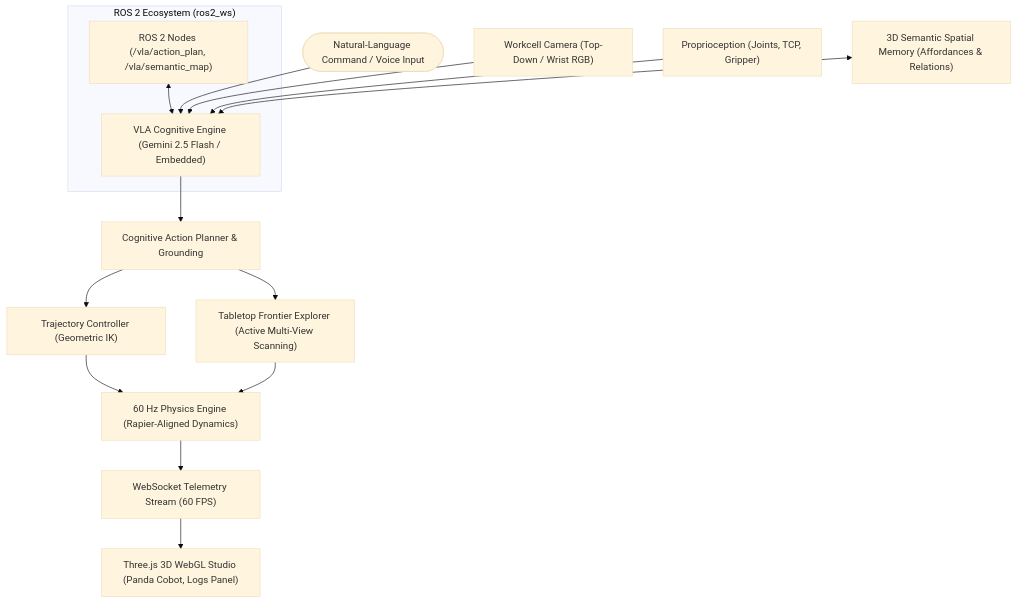
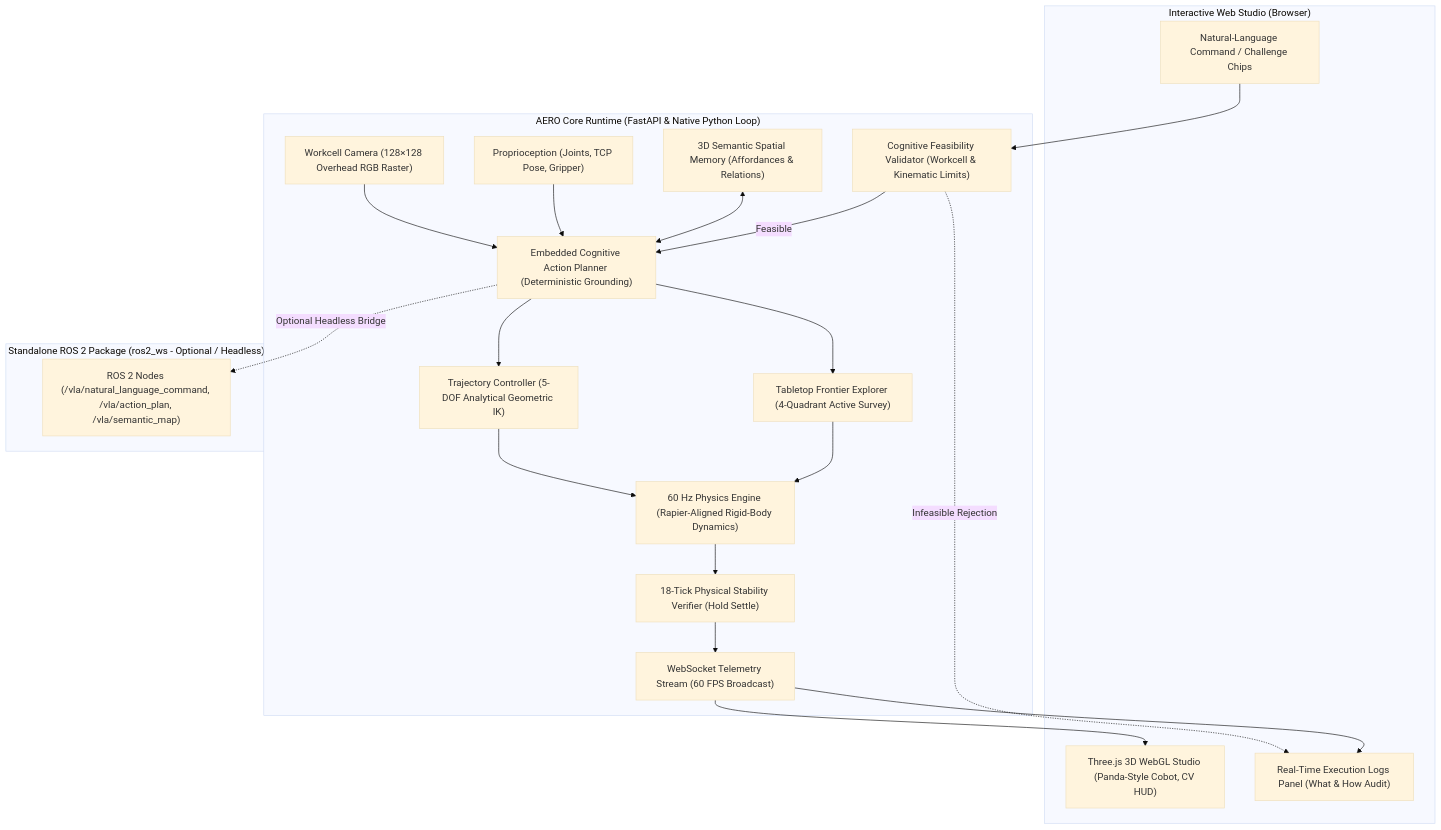
Before and after one commit to incheif/Aero: the diagram in README.md, drawn with Mermaid (base theme). The commit also changed other lines of this file, not shown here.

Commit message:
docs: update architecture diagram and align README with active embedded runtime

````diff
--- a/README.md
+++ b/README.md
@@ -58,21 +58,48 @@
 ```mermaid
 graph TD
-    User(["Natural-Language Command / Voice Input"]) --> VLAEngine["VLA Cognitive Engine (Gemini 2.5 Flash / Embedded)"]
-    Camera["Workcell Camera (Top-Down / Wrist RGB)"] --> VLAEngine
-    State["Proprioception (Joints, TCP, Gripper)"] --> VLAEngine
-    Semantic["3D Semantic Spatial Memory (Affordances & Relations)"] <--> VLAEngine
+    subgraph Client_Studio["Interactive Web Studio (Browser)"]
+        UserCmd["Natural-Language Command / Challenge Chips"]
+        ThreeJS["Three.js 3D WebGL Studio (Panda-Style Cobot, CV HUD)"]
+        LogsPanel["Real-Time Execution Logs Panel (What & How Audit)"]
+    end
 
-    VLAEngine --> Decomposer["Cognitive Action Planner & Grounding"]
-    Decomposer --> TrajectoryCtrl["Trajectory Controller (Geometric IK)"]
-    Decomposer --> Explorer["Tabletop Frontier Explorer (Active Multi-View Scanning)"]
+    subgraph Live_Pipeline["AERO Core Runtime (FastAPI & Native Python Loop)"]
+        Camera["Workcell Camera (128×128 Overhead RGB Raster)"]
+        State["Proprioception (Joints, TCP Pose, Gripper)"]
+        Semantic["3D Semantic Spatial Memory (Affordances & Relations)"]
 
-    TrajectoryCtrl --> Sim["60 Hz Physics Engine (Rapier-Aligned Dynamics)"]
+        Feasibility["Cognitive Feasibility Validator (Workcell & Kinematic Limits)"]
+        Planner["Embedded Cognitive Action Planner (Deterministic Grounding)"]
+        TrajectoryCtrl["Trajectory Controller (5-DOF Analytical Geometric IK)"]
+        Explorer["Tabletop Frontier Explorer (4-Quadrant Active Survey)"]
+
+        Sim["60 Hz Physics Engine (Rapier-Aligned Rigid-Body Dynamics)"]
+        Stability["18-Tick Physical Stability Verifier (Hold Settle)"]
+        Telemetry["WebSocket Telemetry Stream (60 FPS Broadcast)"]
+    end
+
+    subgraph Standalone_ROS2["Standalone ROS 2 Package (ros2_ws - Optional / Headless)"]
+        ROS2_Nodes["ROS 2 Nodes (/vla/natural_language_command, /vla/action_plan, /vla/semantic_map)"]
+    end
+
+    UserCmd --> Feasibility
+    Camera --> Planner
+    State --> Planner
+    Semantic <--> Planner
+
+    Feasibility -->|Feasible| Planner
+    Feasibility -.->|Infeasible Rejection| LogsPanel
+
+    Planner --> TrajectoryCtrl
+    Planner --> Explorer
+
+    TrajectoryCtrl --> Sim
     Explorer --> Sim
+    Sim --> Stability
+    Stability --> Telemetry
 
-    Sim --> Telemetry["WebSocket Telemetry Stream (60 FPS)"]
-    Telemetry --> ThreeJS["Three.js 3D WebGL Studio (Panda Cobot, Logs Panel)"]
+    Telemetry --> ThreeJS
+    Telemetry --> LogsPanel
 
-    subgraph ROS2_Ecosystem["ROS 2 Ecosystem (ros2_ws)"]
-        ROS2_Nodes["ROS 2 Nodes (/vla/action_plan, /vla/semantic_map)"] <--> VLAEngine
-    end
+    Planner -.->|Optional Headless Bridge| ROS2_Nodes
 ```
````
